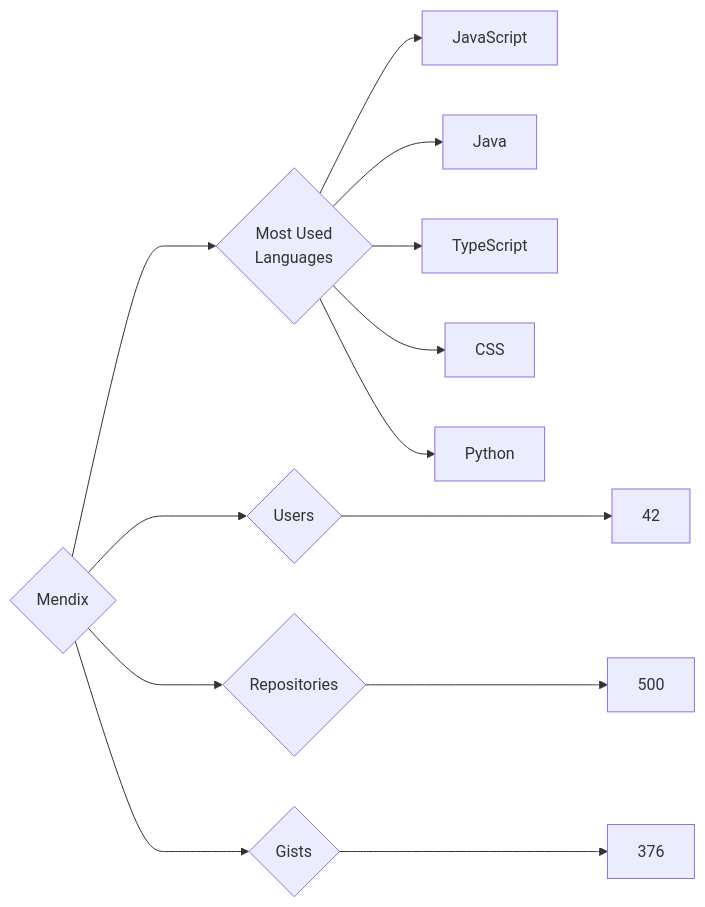
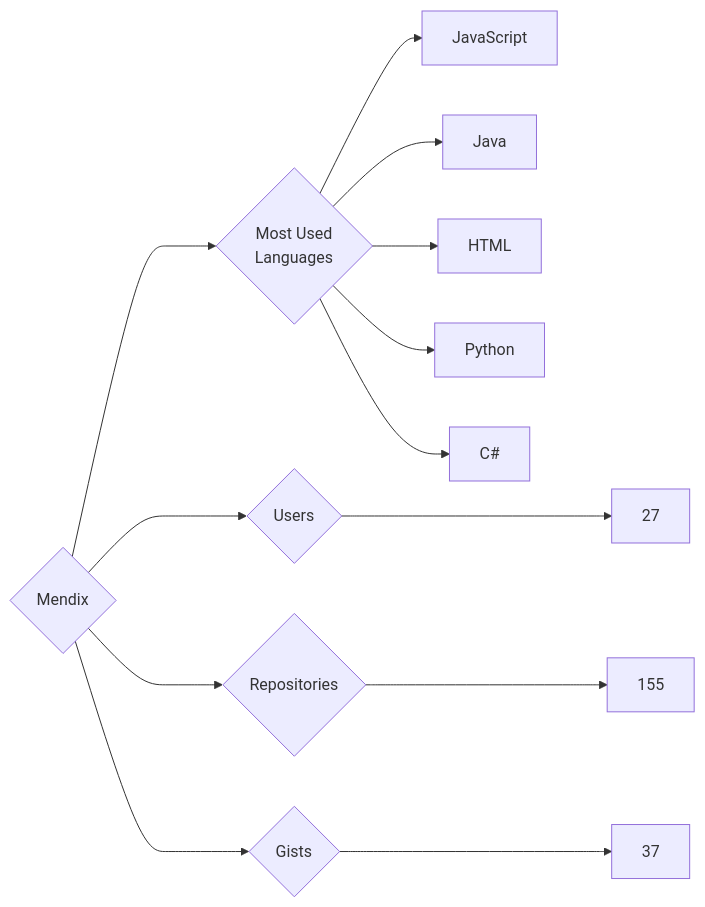
Before and after one commit to trickest/insiders: the diagram in targets/Mendix/README.md, drawn with Mermaid. The commit also changed 582 other files, not shown here.

````diff
--- a/targets/Mendix/README.md
+++ b/targets/Mendix/README.md
@@ -3,13 +3,13 @@
 ```mermaid
 graph LR
 COMPANY_NAME{Mendix}
-COMPANY_NAME ---> U{Users} ---> UN[42]
-COMPANY_NAME ---> R{Repositories} ---> RN[500]
-COMPANY_NAME ---> G{Gists} ---> GN[376]
+COMPANY_NAME ---> U{Users} ---> UN[27]
+COMPANY_NAME ---> R{Repositories} ---> RN[155]
+COMPANY_NAME ---> G{Gists} ---> GN[37]
 COMPANY_NAME ---> ML{Most Used<br>Languages}
 ML --> JavaScript[JavaScript]
 ML --> Java[Java]
-ML --> TypeScript[TypeScript]
-ML --> CSS[CSS]
+ML --> HTML[HTML]
 ML --> Python[Python]
+ML --> C#[C#]
 ```
````
